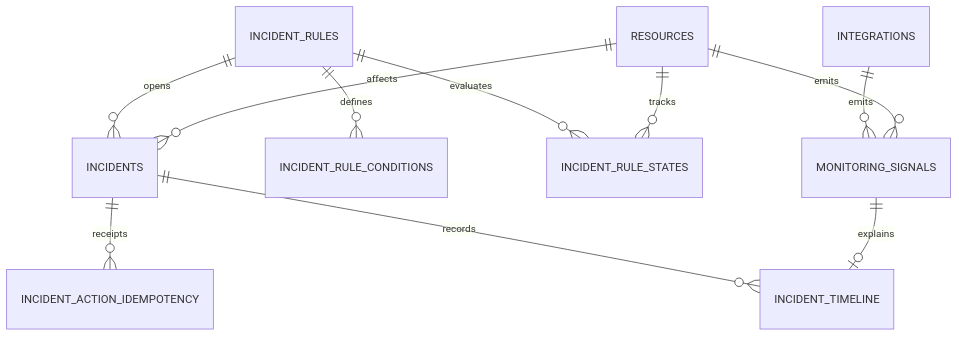
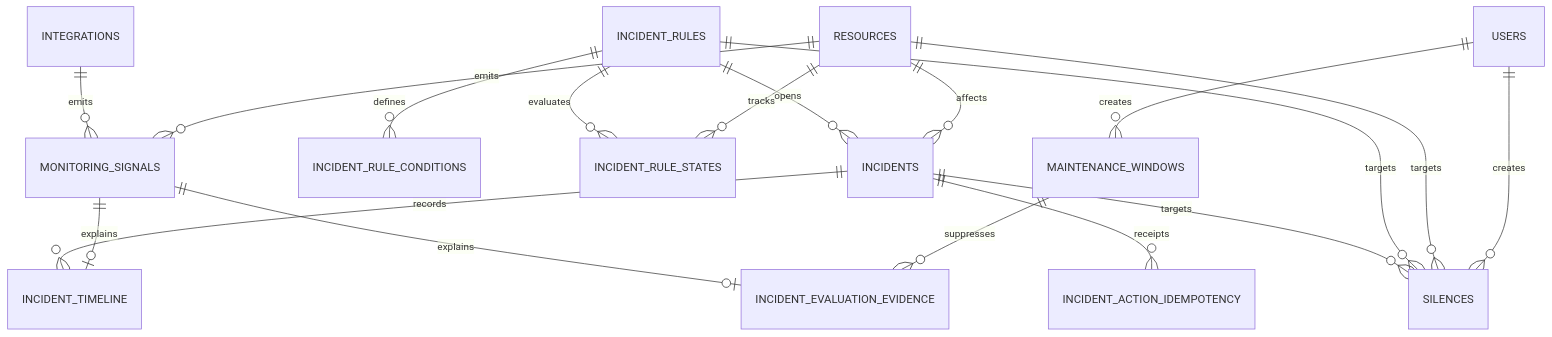
The second of 2 diagrams in docs/architecture/DATA_MODEL.md (PrincepsVIIII/Espial), drawn with Mermaid before and after one commit. The commit also changed other lines of this file and 52 other files, not shown here.

````diff
--- a/docs/architecture/DATA_MODEL.md
+++ b/docs/architecture/DATA_MODEL.md
@@ -151,13 +151,20 @@
 ```mermaid
 erDiagram
     INTEGRATIONS ||--o{ MONITORING_SIGNALS : emits
     RESOURCES ||--o{ MONITORING_SIGNALS : emits
     INCIDENT_RULES ||--o{ INCIDENT_RULE_CONDITIONS : defines
     INCIDENT_RULES ||--o{ INCIDENT_RULE_STATES : evaluates
     RESOURCES ||--o{ INCIDENT_RULE_STATES : tracks
     INCIDENT_RULES ||--o{ INCIDENTS : opens
     RESOURCES ||--o{ INCIDENTS : affects
     INCIDENTS ||--o{ INCIDENT_TIMELINE : records
     INCIDENTS ||--o{ INCIDENT_ACTION_IDEMPOTENCY : receipts
     MONITORING_SIGNALS ||--o| INCIDENT_TIMELINE : explains
+    MONITORING_SIGNALS ||--o| INCIDENT_EVALUATION_EVIDENCE : explains
+    MAINTENANCE_WINDOWS ||--o{ INCIDENT_EVALUATION_EVIDENCE : suppresses
+    INCIDENTS ||--o{ SILENCES : targets
+    INCIDENT_RULES ||--o{ SILENCES : targets
+    RESOURCES ||--o{ SILENCES : targets
+    USERS ||--o{ MAINTENANCE_WINDOWS : creates
+    USERS ||--o{ SILENCES : creates
 ```
````
